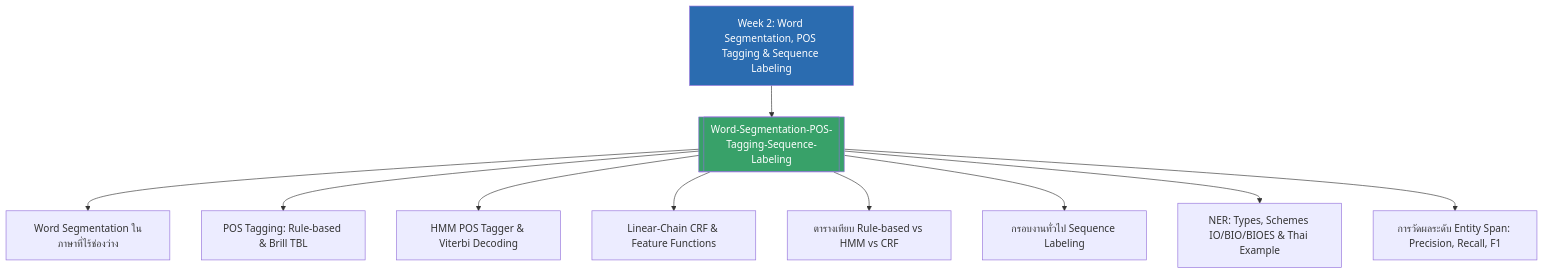
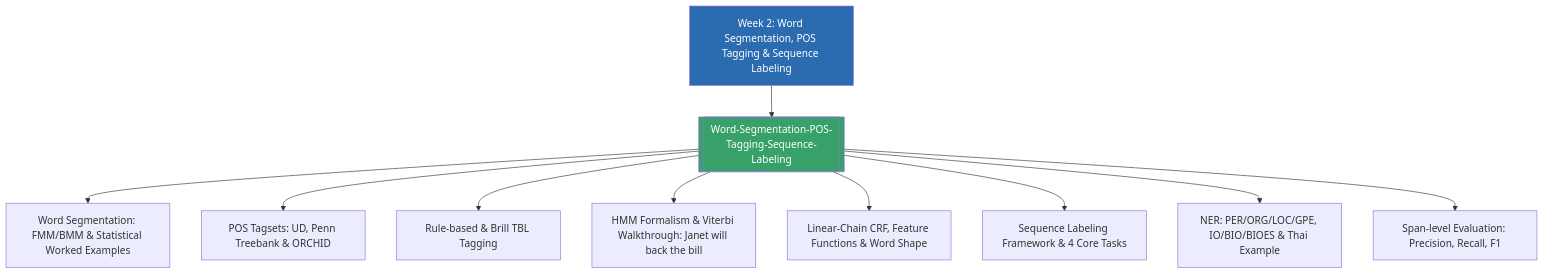
Before and after one commit to PhuriphatTyPeZ3r0/Course-1323404-Natural-Language-Processing-2026: the diagram in 01_Lectures/Week2/Week2-MOC.md, drawn with Mermaid. The commit also changed other lines of this file and 17 other files, not shown here.

````diff
--- a/01_Lectures/Week2/Week2-MOC.md
+++ b/01_Lectures/Week2/Week2-MOC.md
@@ -38,16 +38,16 @@
 ```mermaid
 graph TD
     MOC[Week 2: Word Segmentation, POS Tagging & Sequence Labeling] --> A[[Word-Segmentation-POS-Tagging-Sequence-Labeling]]
 
-    A --> A1[Word Segmentation ในภาษาที่ไร้ช่องว่าง]
-    A --> A2[POS Tagging: Rule-based & Brill TBL]
-    A --> A3[HMM POS Tagger & Viterbi Decoding]
-    A --> A4[Linear-Chain CRF & Feature Functions]
-    A --> A5[ตารางเทียบ Rule-based vs HMM vs CRF]
-    A --> A6[กรอบงานทั่วไป Sequence Labeling]
-    A --> A7[NER: Types, Schemes IO/BIO/BIOES & Thai Example]
-    A --> A8[การวัดผลระดับ Entity Span: Precision, Recall, F1]
+    A --> A1[Word Segmentation: FMM/BMM & Statistical Worked Examples]
+    A --> A2[POS Tagsets: UD, Penn Treebank & ORCHID]
+    A --> A3[Rule-based & Brill TBL Tagging]
+    A --> A4[HMM Formalism & Viterbi Walkthrough: Janet will back the bill]
+    A --> A5[Linear-Chain CRF, Feature Functions & Word Shape]
+    A --> A6[Sequence Labeling Framework & 4 Core Tasks]
+    A --> A7[NER: PER/ORG/LOC/GPE, IO/BIO/BIOES & Thai Example]
+    A --> A8[Span-level Evaluation: Precision, Recall, F1]
 
     style MOC fill:#2b6cb0,color:#fff
     style A fill:#38a169,color:#fff
 ```
````
